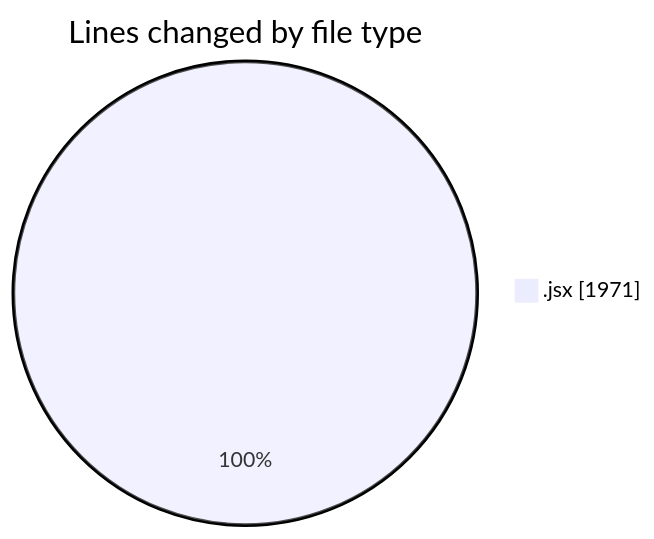
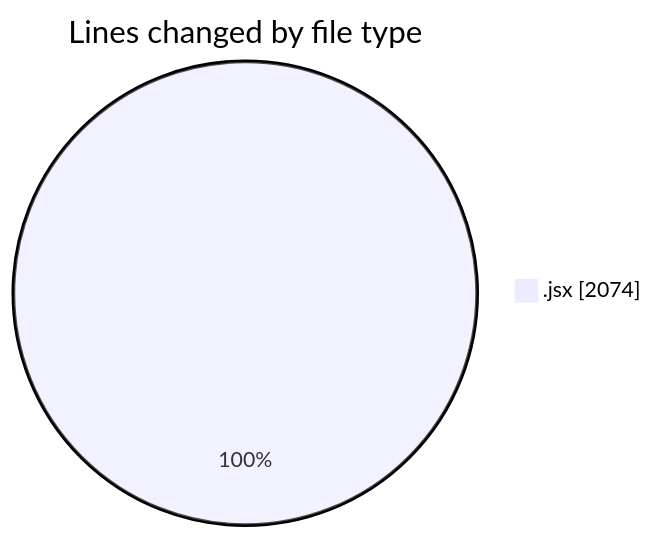
The first of 2 diagrams in 2025-06-26/nxtqube_webapp/README.md (nxtqubesakshisongat/code-tracking), drawn with Mermaid before and after one commit. The commit also changed other lines of this file and 1 other file, not shown here.

````diff
--- a/2025-06-26/nxtqube_webapp/README.md
+++ b/2025-06-26/nxtqube_webapp/README.md
@@ -21,5 +21,5 @@
 ```mermaid
 pie showData
 title Lines changed by file type
-".jsx" : 1971
+".jsx" : 2074
 ```
````
